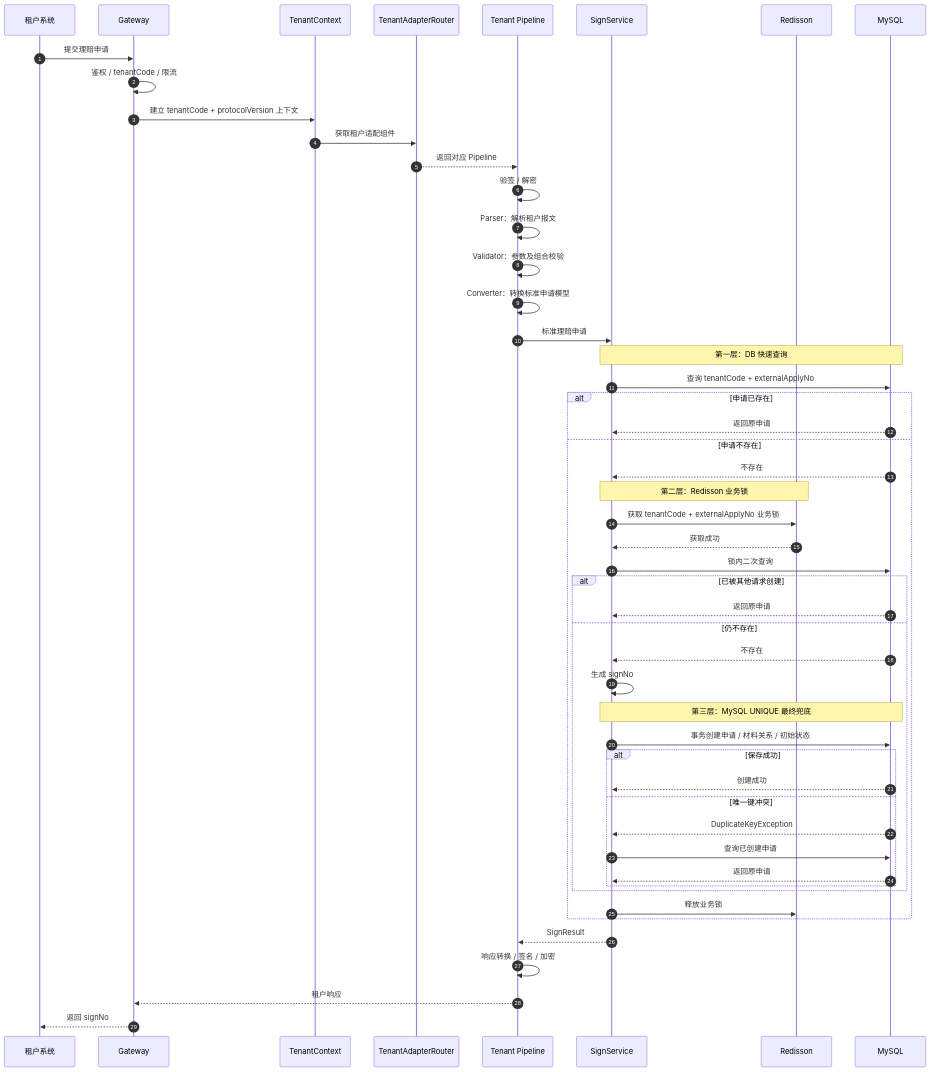
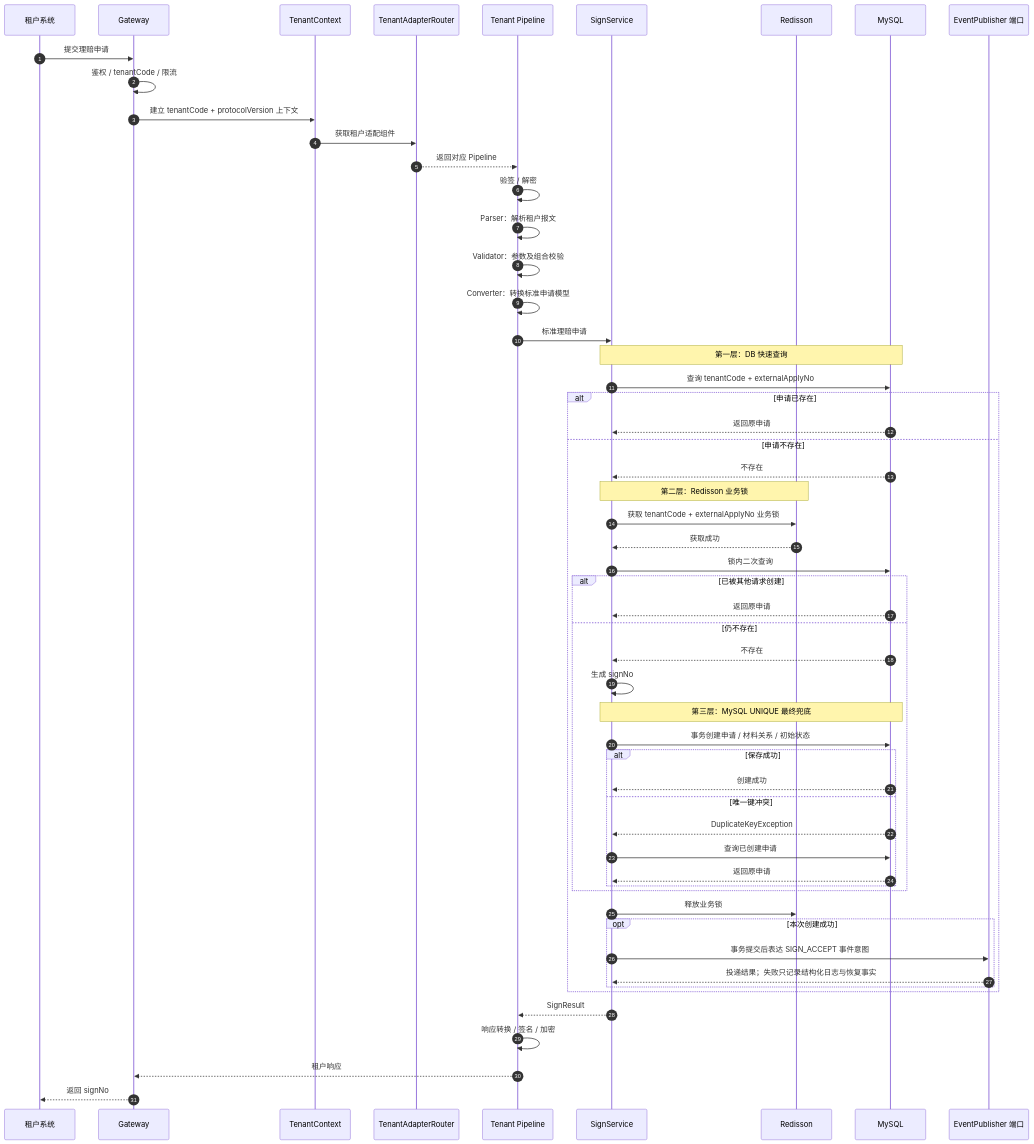
The fourth of 10 diagrams in docs/architecture/claim-sign-service.md (wangguangwu/claim-platform), drawn with Mermaid before and after one commit. The commit also changed other lines of this file and 21 other files, not shown here.

````diff
--- a/docs/architecture/claim-sign-service.md
+++ b/docs/architecture/claim-sign-service.md
@@ -249,71 +254,77 @@
 ```mermaid
 sequenceDiagram
     autonumber
 
     participant T as 租户系统
     participant G as Gateway
     participant C as TenantContext
     participant R as TenantAdapterRouter
     participant P as Tenant Pipeline
     participant S as SignService
     participant L as Redisson
     participant DB as MySQL
+    participant EP as EventPublisher 端口
 
     T->>G: 提交理赔申请
     G->>G: 鉴权 / tenantCode / 限流
     G->>C: 建立 tenantCode + protocolVersion 上下文
 
     C->>R: 获取租户适配组件
     R-->>P: 返回对应 Pipeline
 
     P->>P: 验签 / 解密
     P->>P: Parser：解析租户报文
     P->>P: Validator：参数及组合校验
     P->>P: Converter：转换标准申请模型
 
     P->>S: 标准理赔申请
 
     Note over S,DB: 第一层：DB 快速查询
 
     S->>DB: 查询 tenantCode + externalApplyNo
 
     alt 申请已存在
         DB-->>S: 返回原申请
     else 申请不存在
         DB-->>S: 不存在
 
         Note over S,L: 第二层：Redisson 业务锁
 
         S->>L: 获取 tenantCode + externalApplyNo 业务锁
         L-->>S: 获取成功
 
         S->>DB: 锁内二次查询
 
         alt 已被其他请求创建
             DB-->>S: 返回原申请
         else 仍不存在
             DB-->>S: 不存在
 
             S->>S: 生成 signNo
 
             Note over S,DB: 第三层：MySQL UNIQUE 最终兜底
 
             S->>DB: 事务创建申请 / 材料关系 / 初始状态
 
             alt 保存成功
                 DB-->>S: 创建成功
             else 唯一键冲突
                 DB-->>S: DuplicateKeyException
                 S->>DB: 查询已创建申请
                 DB-->>S: 返回原申请
             end
         end
 
         S->>L: 释放业务锁
+
+        opt 本次创建成功
+            S->>EP: 事务提交后表达 SIGN_ACCEPT 事件意图
+            EP-->>S: 投递结果；失败只记录结构化日志与恢复事实
+        end
     end
 
     S-->>P: SignResult
     P->>P: 响应转换 / 签名 / 加密
     P-->>G: 租户响应
     G-->>T: 返回 signNo
 ```
````
